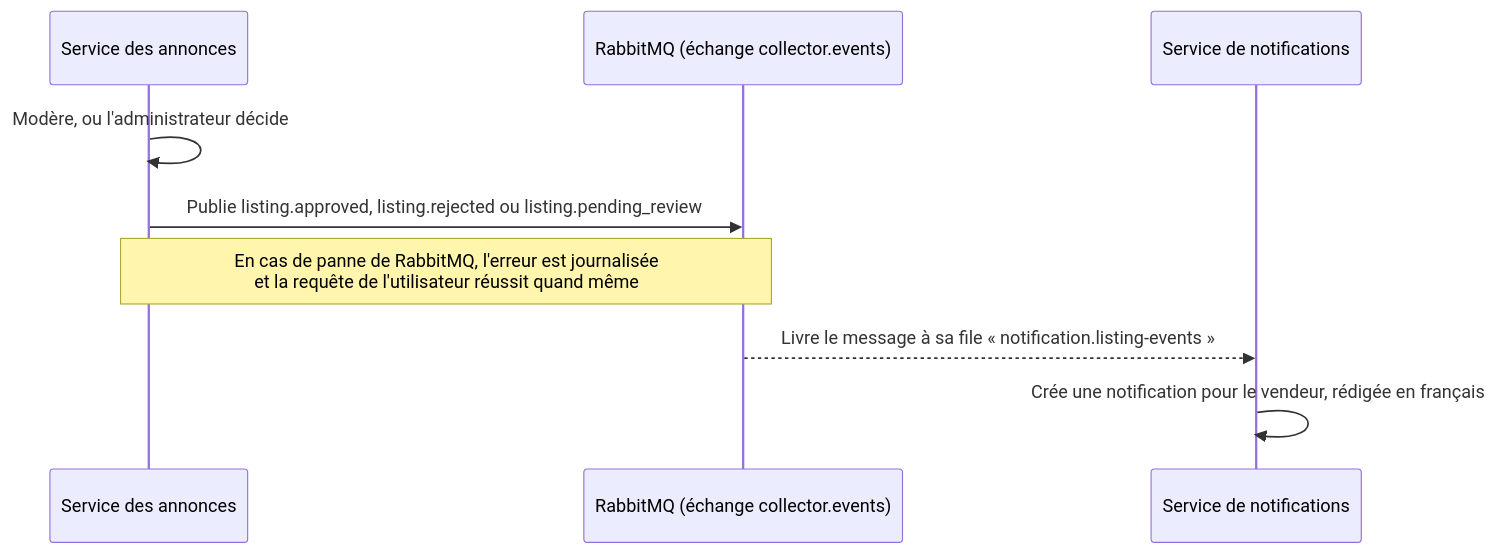
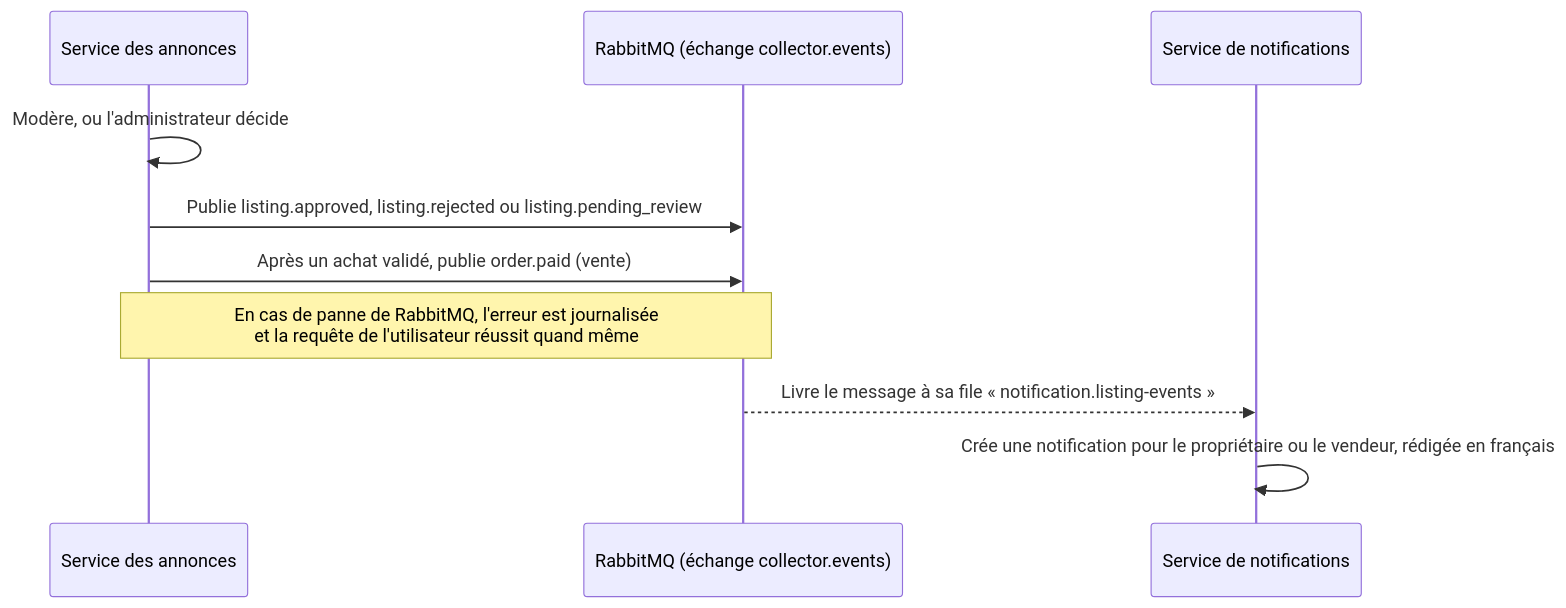
Before and after one commit to WALAAHAJJ/collector-indiv: the sixth of 8 diagrams in docs/architecture.md, drawn with Mermaid. The commit also changed other lines of this file and 5 other files, not shown here.

First line of the commit message:
docs: notification de vente (événement order.paid, envoi après validation, tests)

````diff
--- a/docs/architecture.md
+++ b/docs/architecture.md
@@ -123,11 +123,12 @@
 ```mermaid
 sequenceDiagram
     participant A as Service des annonces
     participant R as RabbitMQ (échange collector.events)
     participant N as Service de notifications
     A->>A: Modère, ou l'administrateur décide
     A->>R: Publie listing.approved, listing.rejected ou listing.pending_review
+    A->>R: Après un achat validé, publie order.paid (vente)
     Note over A,R: En cas de panne de RabbitMQ, l'erreur est journalisée<br/>et la requête de l'utilisateur réussit quand même
     R-->>N: Livre le message à sa file « notification.listing-events »
-    N->>N: Crée une notification pour le vendeur, rédigée en français
+    N->>N: Crée une notification pour le propriétaire ou le vendeur, rédigée en français
 ```
````
